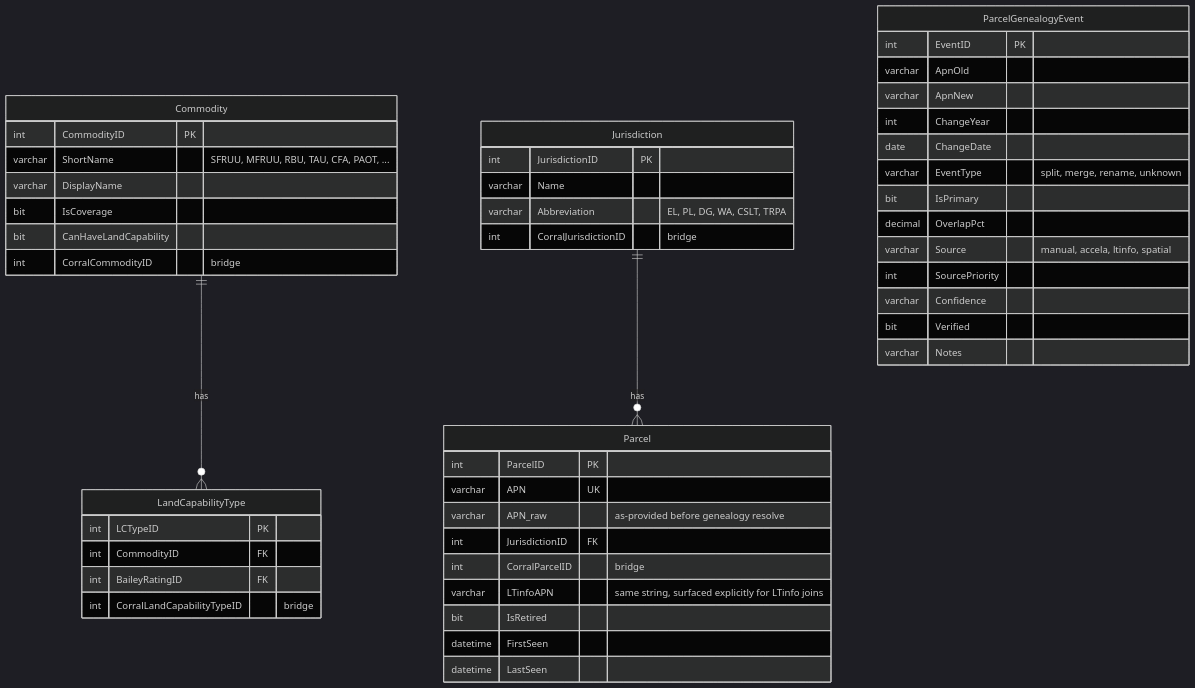
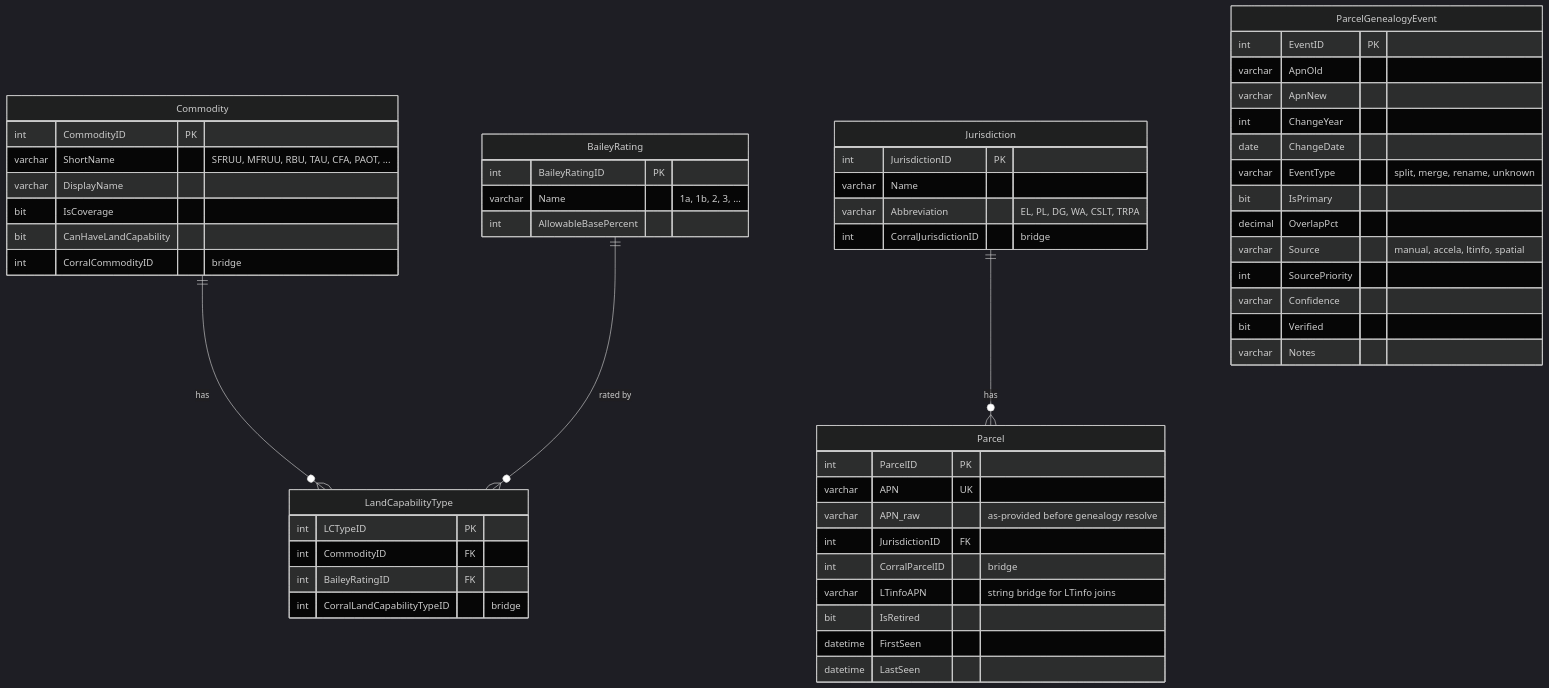
Before and after one commit to trpa-agency/Reporting: the first of 5 diagrams in erd/target_schema.md, drawn with Mermaid (dark theme). The commit also changed other lines of this file and 7 other files, not shown here.

First line of the commit message:
erd: reorient around the 5-bucket proposal + add XLSX decomposition

````diff
--- a/erd/target_schema.md
+++ b/erd/target_schema.md
@@ -44,51 +50,57 @@
 ```mermaid
 erDiagram
     Commodity {
         int CommodityID PK
         varchar ShortName "SFRUU, MFRUU, RBU, TAU, CFA, PAOT, ..."
         varchar DisplayName
         bit IsCoverage
         bit CanHaveLandCapability
         int CorralCommodityID "bridge"
     }
     Jurisdiction {
         int JurisdictionID PK
         varchar Name
         varchar Abbreviation "EL, PL, DG, WA, CSLT, TRPA"
         int CorralJurisdictionID "bridge"
     }
+    BaileyRating {
+        int BaileyRatingID PK
+        varchar Name "1a, 1b, 2, 3, ..."
+        int AllowableBasePercent
+    }
     LandCapabilityType {
         int LCTypeID PK
         int CommodityID FK
         int BaileyRatingID FK
         int CorralLandCapabilityTypeID "bridge"
     }
     Parcel {
         int ParcelID PK
         varchar APN UK
         varchar APN_raw "as-provided before genealogy resolve"
         int JurisdictionID FK
         int CorralParcelID "bridge"
-        varchar LTinfoAPN "same string, surfaced explicitly for LTinfo joins"
+        varchar LTinfoAPN "string bridge for LTinfo joins"
         bit IsRetired
         datetime FirstSeen
         datetime LastSeen
     }
     ParcelGenealogyEvent {
         int EventID PK
         varchar ApnOld
         varchar ApnNew
         int ChangeYear
         date ChangeDate
         varchar EventType "split, merge, rename, unknown"
         bit IsPrimary
         decimal OverlapPct
         varchar Source "manual, accela, ltinfo, spatial"
         int SourcePriority
         varchar Confidence
         bit Verified
         varchar Notes
     }
-    Commodity           ||--o{ LandCapabilityType : "has"
-    Jurisdiction        ||--o{ Parcel : "has"
+    Commodity      ||--o{ LandCapabilityType   : "has"
+    BaileyRating   ||--o{ LandCapabilityType   : "rated by"
+    Jurisdiction   ||--o{ Parcel               : "has"
 ```
````
